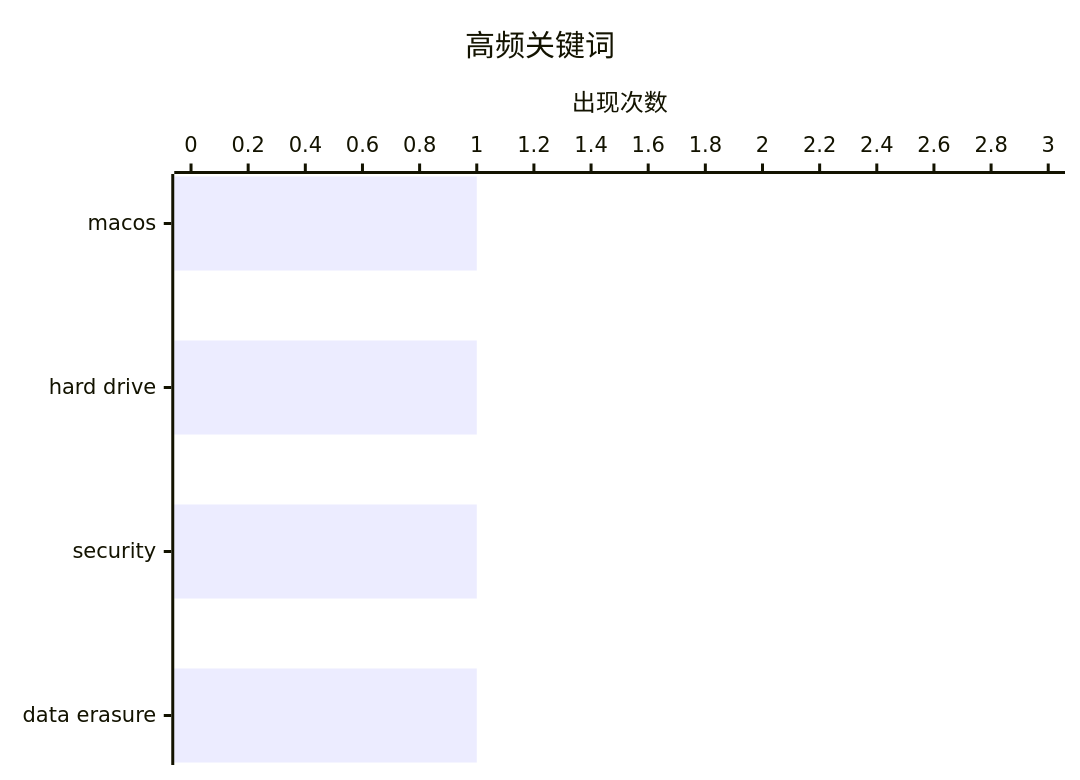
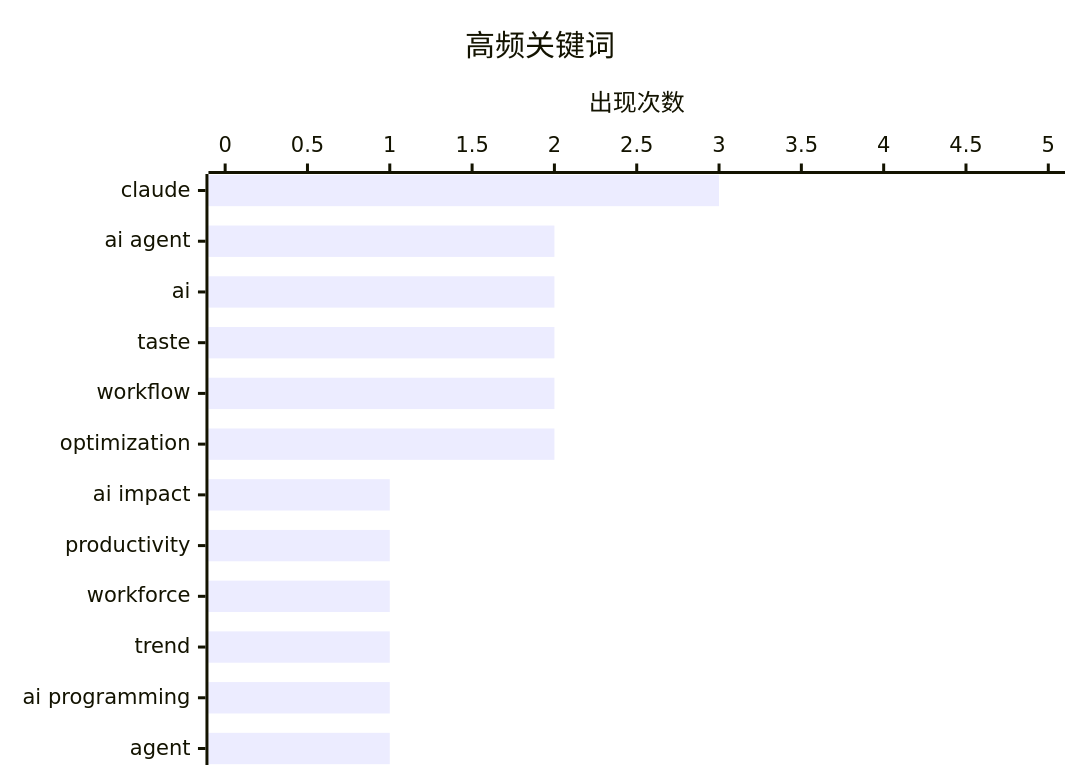
Before and after one commit to MirrMeur/ai-daily-digest: the second of 2 diagrams in digests/digest-20260227.md, drawn with Mermaid. The commit also changed other lines of this file, not shown here.

````diff
--- a/digests/digest-20260227.md
+++ b/digests/digest-20260227.md
@@ -27,7 +85,7 @@
 ```mermaid
 xychart-beta horizontal
     title "高频关键词"
-    x-axis ["macos", "hard drive", "security", "data erasure"]
-    y-axis "出现次数" 0 --> 3
-    bar [1, 1, 1, 1]
+    x-axis ["claude", "ai agent", "ai", "taste", "workflow", "optimization", "ai impact", "productivity", "workforce", "trend", "ai programming", "agent"]
+    y-axis "出现次数" 0 --> 5
+    bar [3, 2, 2, 2, 2, 2, 1, 1, 1, 1, 1, 1]
 ```
````
